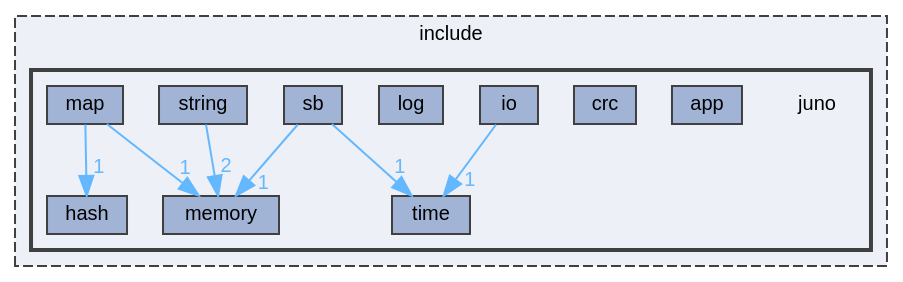
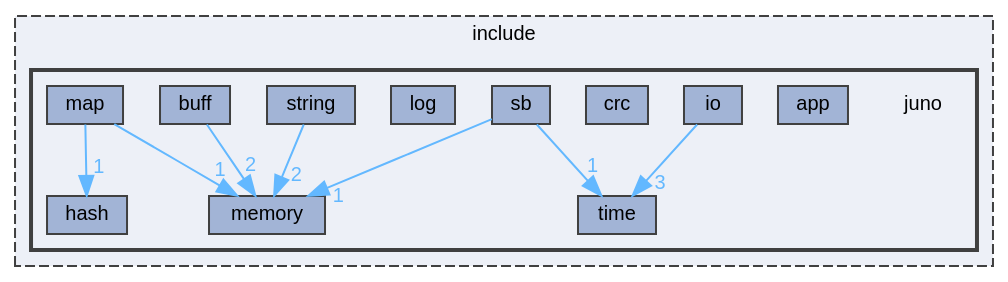
The diagram in dir_366da5caa8e7ec3e54d94764b6f022bc_dep.dot (robinonsay/libjuno), drawn with Graphviz before and after one commit. The commit also changed 227 other files, not shown here.

```diff
--- a/dir_366da5caa8e7ec3e54d94764b6f022bc_dep.dot
+++ b/dir_366da5caa8e7ec3e54d94764b6f022bc_dep.dot
@@ -1,31 +1,33 @@
 digraph "/home/runner/work/libjuno/libjuno/include/juno"
 {
  // LATEX_PDF_SIZE
   bgcolor="transparent";
   edge [fontname=Helvetica,fontsize=10,labelfontname=Helvetica,labelfontsize=10];
   node [fontname=Helvetica,fontsize=10,shape=box,height=0.2,width=0.4];
   compound=true
   subgraph clusterdir_d44c64559bbebec7f509842c48db8b23 {
     graph [ bgcolor="#edf0f7", pencolor="grey25", label="include", fontname=Helvetica,fontsize=10 style="filled,dashed", URL="dir_d44c64559bbebec7f509842c48db8b23.html",tooltip=""]
   subgraph clusterdir_366da5caa8e7ec3e54d94764b6f022bc {
     graph [ bgcolor="#edf0f7", pencolor="grey25", label="", fontname=Helvetica,fontsize=10 style="filled,bold", URL="dir_366da5caa8e7ec3e54d94764b6f022bc.html",tooltip=""]
     dir_366da5caa8e7ec3e54d94764b6f022bc [shape=plaintext, label="juno"];
   dir_ea3a8427487b97ef3e7ab80966e647b0 [label="app", fillcolor="#a2b4d6", color="grey25", style="filled", URL="dir_ea3a8427487b97ef3e7ab80966e647b0.html",tooltip=""];
+  dir_fc6384f358b29864859f2bbee3a4bf64 [label="buff", fillcolor="#a2b4d6", color="grey25", style="filled", URL="dir_fc6384f358b29864859f2bbee3a4bf64.html",tooltip=""];
   dir_ef6da05dc0c67d385894f0e12ffbb82b [label="crc", fillcolor="#a2b4d6", color="grey25", style="filled", URL="dir_ef6da05dc0c67d385894f0e12ffbb82b.html",tooltip=""];
   dir_19d249a700c11f44389cb05327db4a5b [label="hash", fillcolor="#a2b4d6", color="grey25", style="filled", URL="dir_19d249a700c11f44389cb05327db4a5b.html",tooltip=""];
   dir_2214acb517c776811661c93fb7ef90d4 [label="io", fillcolor="#a2b4d6", color="grey25", style="filled", URL="dir_2214acb517c776811661c93fb7ef90d4.html",tooltip=""];
   dir_11c3f99e4b1d38bfc7e28e7b668b733a [label="log", fillcolor="#a2b4d6", color="grey25", style="filled", URL="dir_11c3f99e4b1d38bfc7e28e7b668b733a.html",tooltip=""];
   dir_7d134b198f51d759fae4dbc0397c07cc [label="map", fillcolor="#a2b4d6", color="grey25", style="filled", URL="dir_7d134b198f51d759fae4dbc0397c07cc.html",tooltip=""];
   dir_0ab7105f8cccca84cc3ec63bc4b5970d [label="memory", fillcolor="#a2b4d6", color="grey25", style="filled", URL="dir_0ab7105f8cccca84cc3ec63bc4b5970d.html",tooltip=""];
   dir_a9edbd5fb0b74fbe5ba0514afbd43adb [label="sb", fillcolor="#a2b4d6", color="grey25", style="filled", URL="dir_a9edbd5fb0b74fbe5ba0514afbd43adb.html",tooltip=""];
   dir_1ee06b418de2fbaa3d5b1443d2d582cb [label="string", fillcolor="#a2b4d6", color="grey25", style="filled", URL="dir_1ee06b418de2fbaa3d5b1443d2d582cb.html",tooltip=""];
   dir_f7826cb483c41652a57f47c29e86de5a [label="time", fillcolor="#a2b4d6", color="grey25", style="filled", URL="dir_f7826cb483c41652a57f47c29e86de5a.html",tooltip=""];
   }
   }
-  dir_2214acb517c776811661c93fb7ef90d4->dir_f7826cb483c41652a57f47c29e86de5a [headlabel="1", labeldistance=1.5 headhref="dir_000005_000013.html" href="dir_000005_000013.html" color="steelblue1" fontcolor="steelblue1"];
-  dir_7d134b198f51d759fae4dbc0397c07cc->dir_0ab7105f8cccca84cc3ec63bc4b5970d [headlabel="1", labeldistance=1.5 headhref="dir_000008_000009.html" href="dir_000008_000009.html" color="steelblue1" fontcolor="steelblue1"];
-  dir_7d134b198f51d759fae4dbc0397c07cc->dir_19d249a700c11f44389cb05327db4a5b [headlabel="1", labeldistance=1.5 headhref="dir_000008_000003.html" href="dir_000008_000003.html" color="steelblue1" fontcolor="steelblue1"];
-  dir_a9edbd5fb0b74fbe5ba0514afbd43adb->dir_0ab7105f8cccca84cc3ec63bc4b5970d [headlabel="1", labeldistance=1.5 headhref="dir_000010_000009.html" href="dir_000010_000009.html" color="steelblue1" fontcolor="steelblue1"];
-  dir_a9edbd5fb0b74fbe5ba0514afbd43adb->dir_f7826cb483c41652a57f47c29e86de5a [headlabel="1", labeldistance=1.5 headhref="dir_000010_000013.html" href="dir_000010_000013.html" color="steelblue1" fontcolor="steelblue1"];
-  dir_1ee06b418de2fbaa3d5b1443d2d582cb->dir_0ab7105f8cccca84cc3ec63bc4b5970d [headlabel="2", labeldistance=1.5 headhref="dir_000012_000009.html" href="dir_000012_000009.html" color="steelblue1" fontcolor="steelblue1"];
+  dir_fc6384f358b29864859f2bbee3a4bf64->dir_0ab7105f8cccca84cc3ec63bc4b5970d [headlabel="2", labeldistance=1.5 headhref="dir_000001_000010.html" href="dir_000001_000010.html" color="steelblue1" fontcolor="steelblue1"];
+  dir_2214acb517c776811661c93fb7ef90d4->dir_f7826cb483c41652a57f47c29e86de5a [headlabel="3", labeldistance=1.5 headhref="dir_000006_000014.html" href="dir_000006_000014.html" color="steelblue1" fontcolor="steelblue1"];
+  dir_7d134b198f51d759fae4dbc0397c07cc->dir_0ab7105f8cccca84cc3ec63bc4b5970d [headlabel="1", labeldistance=1.5 headhref="dir_000009_000010.html" href="dir_000009_000010.html" color="steelblue1" fontcolor="steelblue1"];
+  dir_7d134b198f51d759fae4dbc0397c07cc->dir_19d249a700c11f44389cb05327db4a5b [headlabel="1", labeldistance=1.5 headhref="dir_000009_000004.html" href="dir_000009_000004.html" color="steelblue1" fontcolor="steelblue1"];
+  dir_a9edbd5fb0b74fbe5ba0514afbd43adb->dir_0ab7105f8cccca84cc3ec63bc4b5970d [headlabel="1", labeldistance=1.5 headhref="dir_000011_000010.html" href="dir_000011_000010.html" color="steelblue1" fontcolor="steelblue1"];
+  dir_a9edbd5fb0b74fbe5ba0514afbd43adb->dir_f7826cb483c41652a57f47c29e86de5a [headlabel="1", labeldistance=1.5 headhref="dir_000011_000014.html" href="dir_000011_000014.html" color="steelblue1" fontcolor="steelblue1"];
+  dir_1ee06b418de2fbaa3d5b1443d2d582cb->dir_0ab7105f8cccca84cc3ec63bc4b5970d [headlabel="2", labeldistance=1.5 headhref="dir_000013_000010.html" href="dir_000013_000010.html" color="steelblue1" fontcolor="steelblue1"];
 }
```
